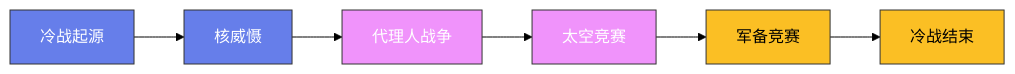
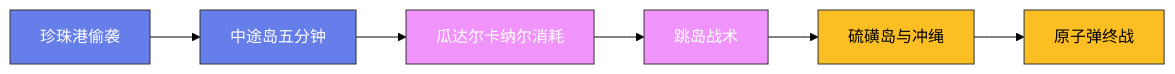
The diagram in content/posts/ModelCreate/军事史/11-二战太平洋战场.md (Fengur/Fengur.github.io), drawn with Mermaid (forest theme) before and after one commit. The commit also changed 2 other files, not shown here.

Commit message:
架空世界观构建

````diff
--- a/content/posts/ModelCreate/军事史/11-二战太平洋战场.md
+++ b/content/posts/ModelCreate/军事史/11-二战太平洋战场.md
@@ -37,16 +37,16 @@
 ```mermaid
 graph LR
-    A["冷战起源"] --> B["核威慑"]
-    B --> C["代理人战争"]
-    C --> D["太空竞赛"]
-    D --> E["军备竞赛"]
-    E --> F["冷战结束"]
+    A["珍珠港偷袭"] --> B["中途岛五分钟"]
+    B --> C["瓜达尔卡纳尔消耗"]
+    C --> D["跳岛战术"]
+    D --> E["硫磺岛与冲绳"]
+    E --> F["原子弹终战"]
 
     classDef early fill:#667eea,stroke:#333,color:white
     classDef mid fill:#f093fb,stroke:#333,color:white
     classDef modern fill:#fbbf24,stroke:#333,color:black
 
     class A,B early
     class C,D mid
     class E,F modern
 ```
````
